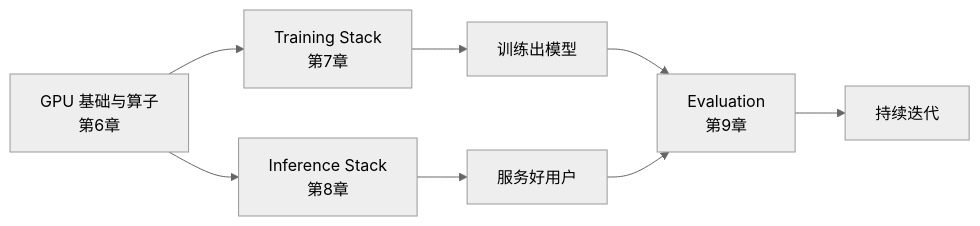
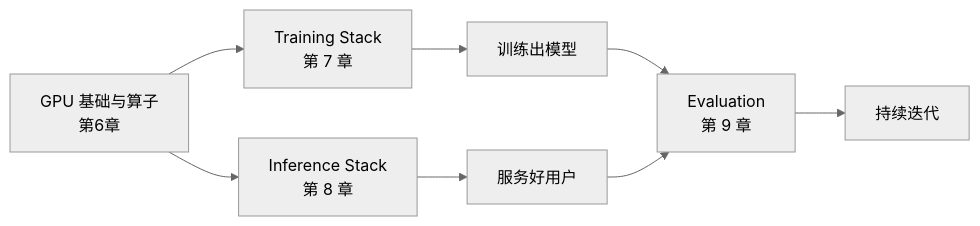
One commit to AI-learning-simple/Build-Your-Own-LLM changed the second of 2 diagrams in 2. Alignment 与训练工程/10. 第二部分总结——从 Base Model 到现代 AI 助手.md. Above: the diagram before and after it, drawn with Mermaid (neutral theme). The commit also changed other lines of this file and 184 other files, not shown here.

````diff
--- a/2. Alignment 与训练工程/10. 第二部分总结——从 Base Model 到现代 AI 助手.md
+++ b/2. Alignment 与训练工程/10. 第二部分总结——从 Base Model 到现代 AI 助手.md
@@ -40,8 +40,8 @@
 ```mermaid
 flowchart LR
-    G[GPU 基础与算子<br/>第6章] --> A[Training Stack<br/>第7章] --> C[训练出模型]
-    G --> B[Inference Stack<br/>第8章] --> D[服务好用户]
-    C --> E[Evaluation<br/>第9章]
+    G[GPU 基础与算子<br/>第6章] --> A[Training Stack<br/>第 7 章] --> C[训练出模型]
+    G --> B[Inference Stack<br/>第 8 章] --> D[服务好用户]
+    C --> E[Evaluation<br/>第 9 章]
     D --> E
     E --> F[持续迭代]
 ```
````
